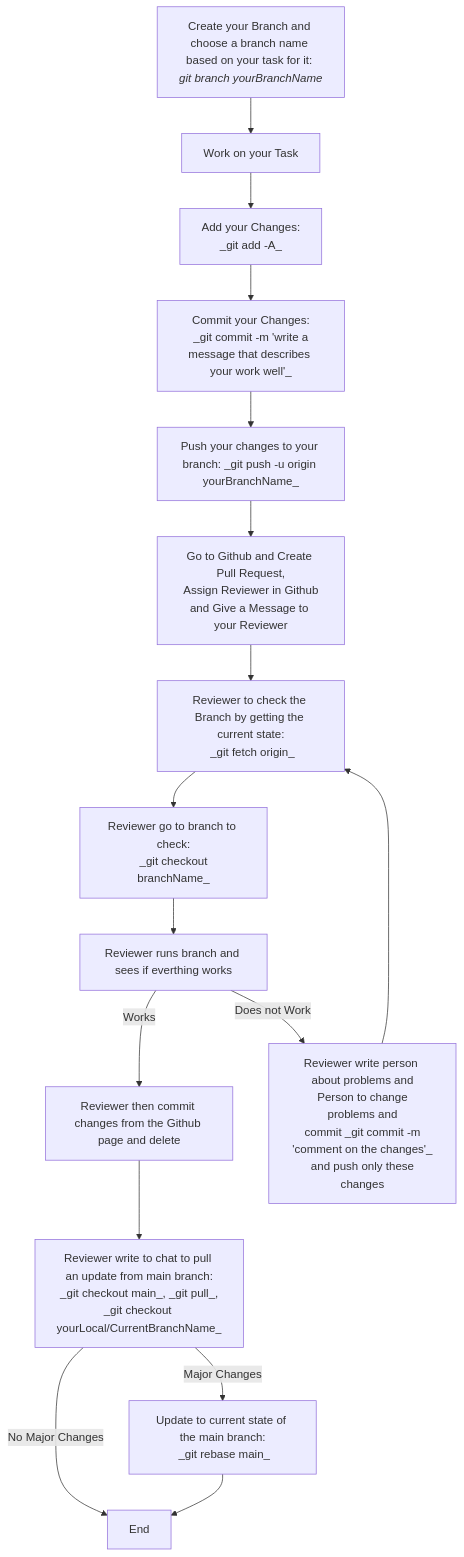
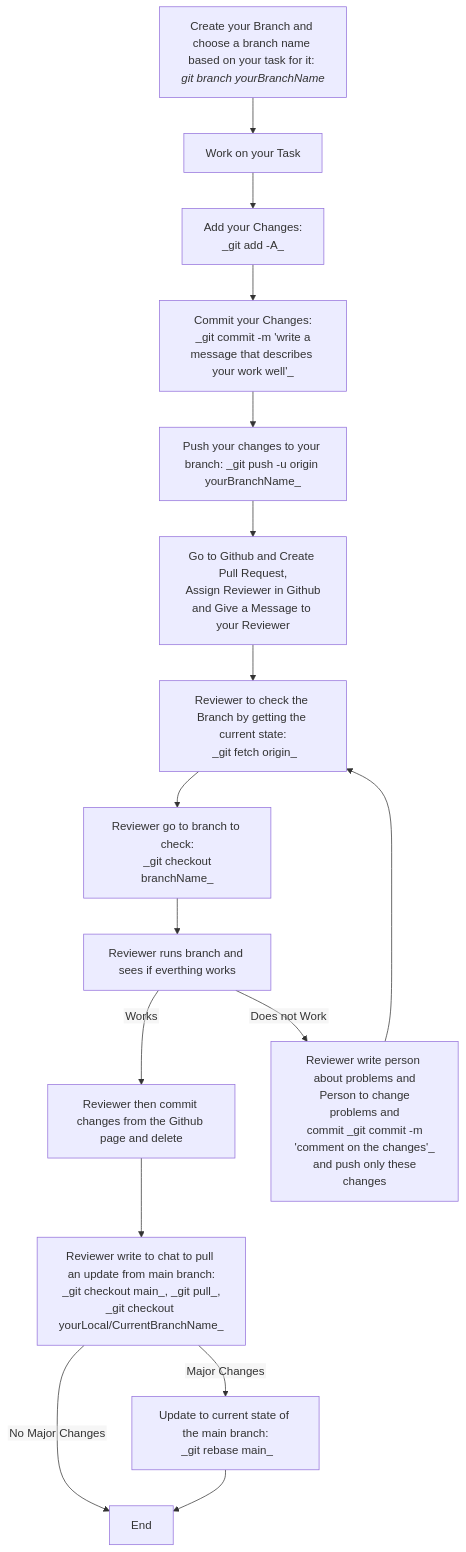
The diagram in WORKFLOW.md (Piviwo/rail-travel-time), drawn with Mermaid before and after one commit.

````diff
--- a/WORKFLOW.md
+++ b/WORKFLOW.md
@@ -2,21 +2,22 @@
 ```mermaid
+%%{init: {"flowchart": {"htmlLabels": false}} }%%
 flowchart TB;
     A["`Create your Branch and choose a branch name based on your task for it: _git branch yourBranchName_`"] --> B[Work on your Task];
      B --> C["Add your Changes:\n _git add -A_"];
     C --> D[Commit your Changes:\n _git commit -m 'write a message that describes your work well'_];
     D --> E[Push your changes to your branch: _git push -u origin yourBranchName_];
     E --> F[Go to Github and Create Pull Request,\n Assign Reviewer in Github and Give a Message to your Reviewer];
     F --> G[Reviewer to check the Branch by getting the current state:\n _git fetch origin_];
     G --> H[Reviewer go to branch to check:\n _git checkout branchName_];
     H --> I[Reviewer runs branch and sees if everthing works];
     I -->|Works| J[Reviewer then commit changes from the Github page and delete];
     I -->|Does not Work| M[Reviewer write person about problems and\n Person to change problems and\n commit _git commit -m 'comment on the changes'_\n and push only these changes];
     J --> K[Reviewer write to chat to pull an update from main branch:\n _git checkout main_, _git pull_, _git checkout yourLocal/CurrentBranchName_];
     K -- Major Changes --> L[Update to current state of the main branch:\n _git rebase main_];
     K -- No Major Changes --> N[End];
     L --> N;
     M --> G;
     
    
 
 ```
````
